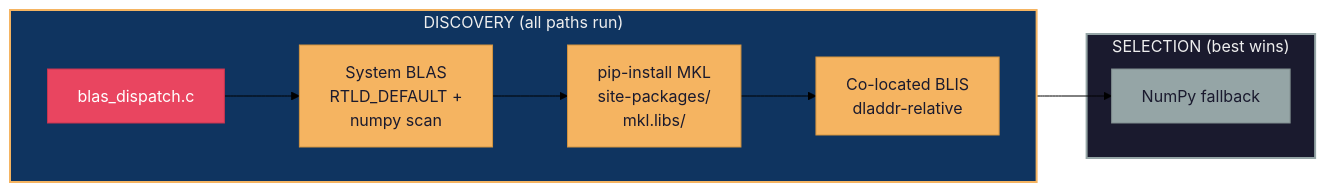
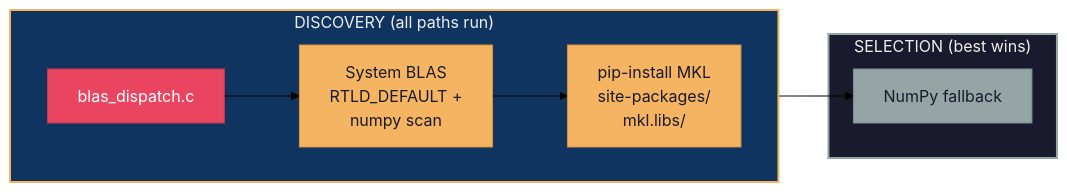
Before and after one commit to michael-denyer/jamma: the second of 2 diagrams in docs/JLINALG_ARCHITECTURE.md, drawn with Mermaid (forest theme). The commit also changed other lines of this file and 2 other files, not shown here.

First line of the commit message:
docs: remove BLIS from jlinalg architecture, algorithms, CHANGELOG

````diff
--- a/docs/JLINALG_ARCHITECTURE.md
+++ b/docs/JLINALG_ARCHITECTURE.md
@@ -61,26 +61,24 @@
 ```mermaid
 graph LR
     subgraph DISCOVER["DISCOVERY (all paths run)"]
         direction LR
         A["blas_dispatch.c"]
         B["System BLAS\nRTLD_DEFAULT +\nnumpy scan"]
         C["pip-install MKL\nsite-packages/\nmkl.libs/"]
-        D["Co-located BLIS\ndladdr-relative"]
-        A --> B --> C --> D
+        A --> B --> C
     end
 
     subgraph SELECT["SELECTION (best wins)"]
         E["NumPy fallback"]
     end
 
-    D --> E
+    C --> E
 
     style DISCOVER fill:#0f3460,stroke:#f5b461,color:#eee,stroke-width:2px
     style SELECT fill:#1a1a2e,stroke:#95a5a6,color:#eee,stroke-width:2px
 
     style A fill:#e94560,stroke:#c73550,color:#fff
     style B fill:#f5b461,stroke:#d4943f,color:#1a1a2e
     style C fill:#f5b461,stroke:#d4943f,color:#1a1a2e
-    style D fill:#f5b461,stroke:#d4943f,color:#1a1a2e
     style E fill:#95a5a6,stroke:#7f8c8d,color:#1a1a2e
 ```
````
